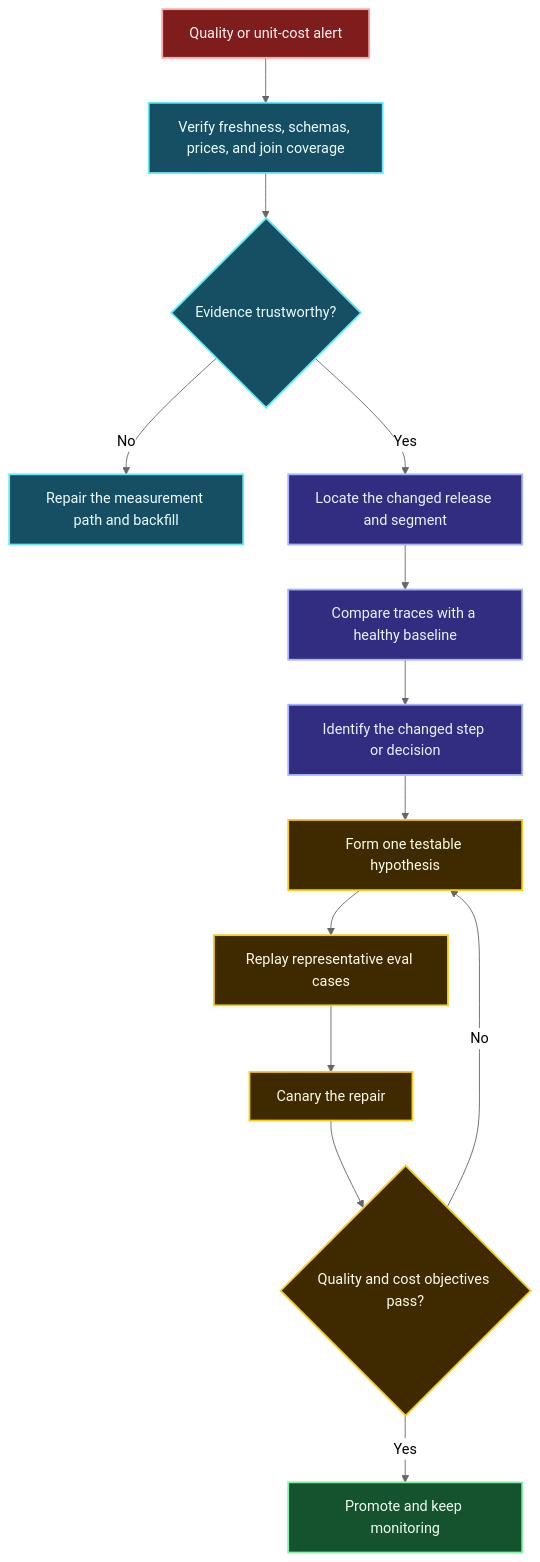
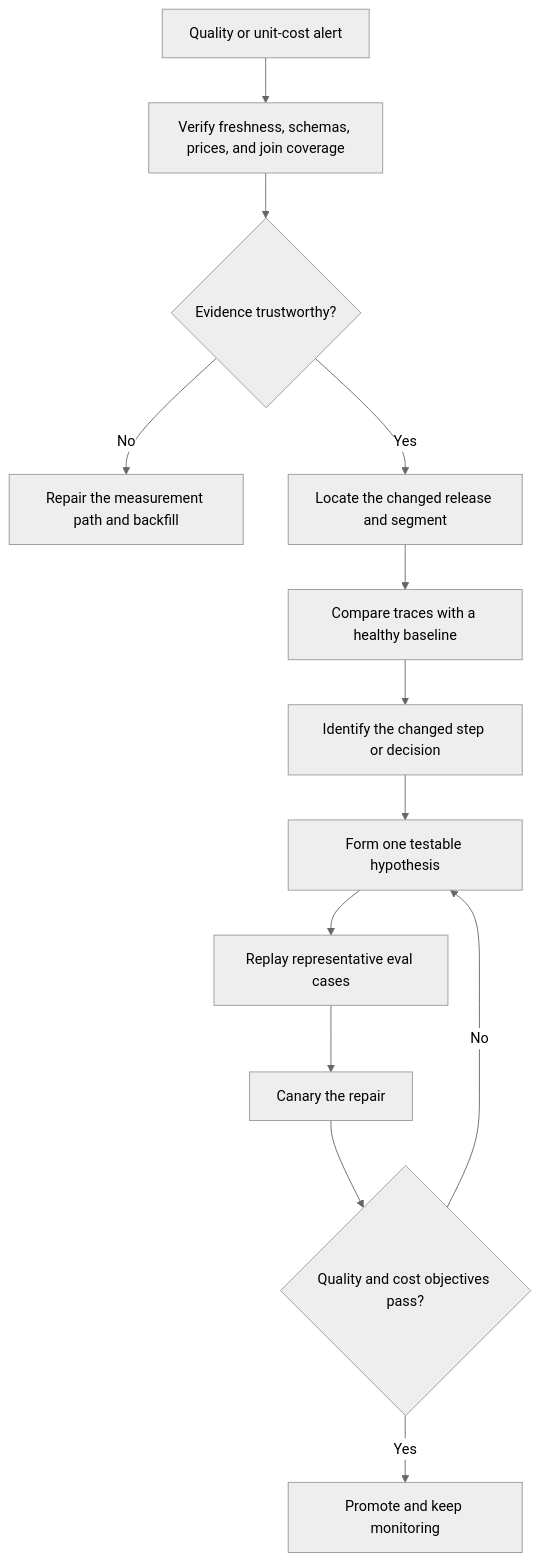
Before and after one commit to senlinyy/dev-roadmaps: the fifth of 6 diagrams in roadmaps/mlops/modules/llmops/runtime-observability/03-quality-and-cost.md, drawn with Mermaid (neutral theme). The commit also changed other lines of this file and 152 other files, not shown here.

Commit message:
feat: mlops and diagrams updated

````diff
--- a/roadmaps/mlops/modules/llmops/runtime-observability/03-quality-and-cost.md
+++ b/roadmaps/mlops/modules/llmops/runtime-observability/03-quality-and-cost.md
@@ -458,24 +450,21 @@
 ```mermaid
 flowchart TD
     A["Quality or unit-cost alert"] --> B["Verify freshness, schemas, prices, and join coverage"]
     B --> C{"Evidence trustworthy?"}
     C -->|No| D["Repair the measurement path and backfill"]
     C -->|Yes| E["Locate the changed release and segment"]
     E --> F["Compare traces with a healthy baseline"]
     F --> G["Identify the changed step or decision"]
     G --> H["Form one testable hypothesis"]
     H --> I["Replay representative eval cases"]
     I --> J["Canary the repair"]
     J --> K{"Quality and cost objectives pass?"}
     K -->|No| H
     K -->|Yes| L["Promote and keep monitoring"]
 
-    classDef alert fill:#7F1D1D,stroke:#FCA5A5,color:#FEF2F2,stroke-width:2px; classDef verify fill:#164E63,stroke:#67E8F9,color:#ECFEFF,stroke-width:2px;
-    classDef inspect fill:#312E81,stroke:#A5B4FC,color:#EEF2FF,stroke-width:2px; classDef test fill:#3F2A00,stroke:#FACC15,color:#FEFCE8,stroke-width:2px;
-    classDef good fill:#14532D,stroke:#86EFAC,color:#F0FDF4,stroke-width:2px;
     class A alert;
     class B,C,D verify;
     class E,F,G inspect;
     class H,I,J,K test;
     class L good;
 ```
````
